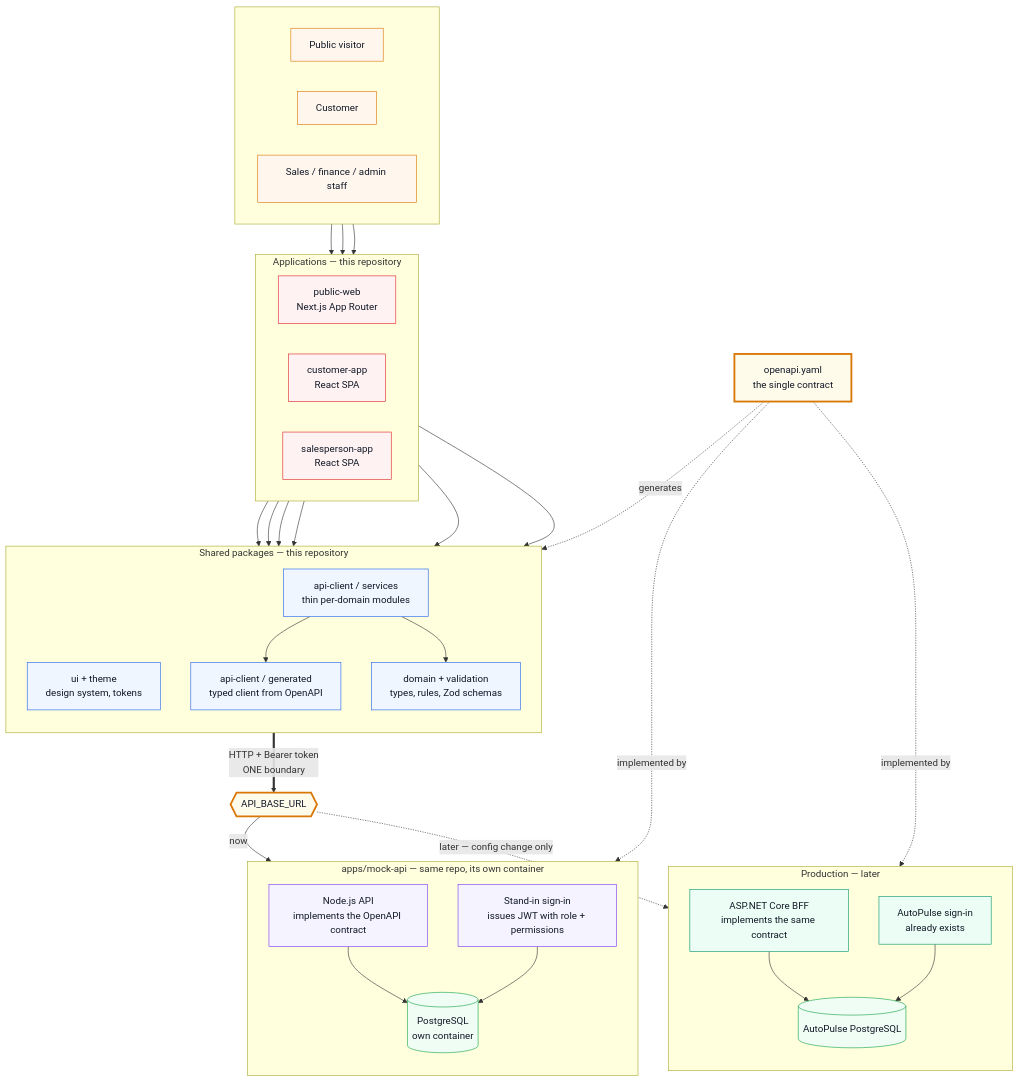
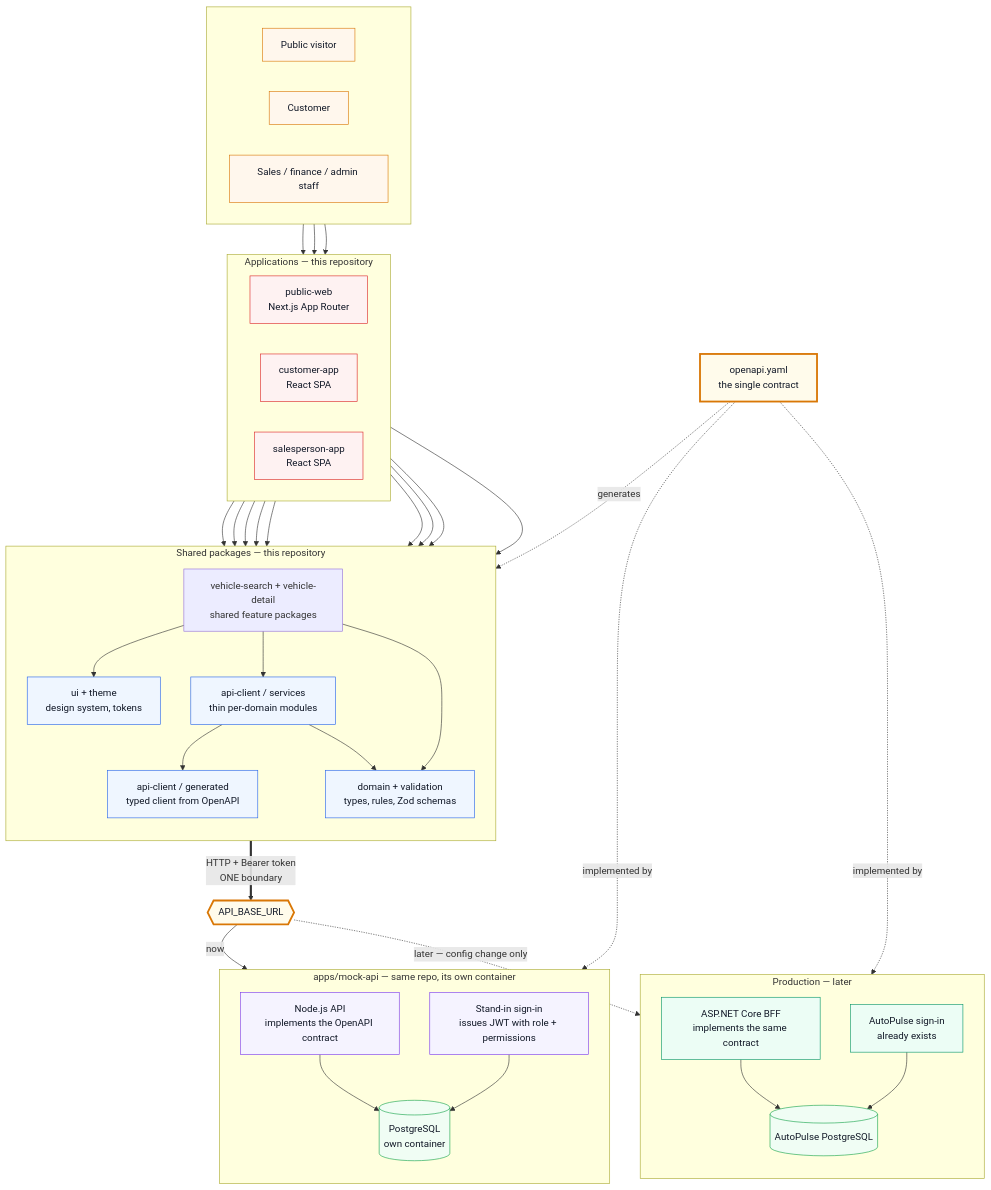
Before and after one commit to charithwellage/customerpanel: the first of 7 diagrams in FRONT_END_ARCHITECTURE.md, drawn with Mermaid. The commit also changed other lines of this file and 47 other files, not shown here.

```diff
--- a/FRONT_END_ARCHITECTURE.md
+++ b/FRONT_END_ARCHITECTURE.md
@@ -68,9 +76,13 @@
         direction TB
         UI["ui + theme<br/>design system, tokens"]
         DOM["domain + validation<br/>types, rules, Zod schemas"]
+        VEH["vehicle-search + vehicle-detail<br/>shared feature packages"]
         SVC["api-client / services<br/>thin per-domain modules"]
         GEN["api-client / generated<br/>typed client from OpenAPI"]
         SVC --> GEN
+        VEH --> UI
+        VEH --> DOM
+        VEH --> SVC
     end
 
     U1 --> A1
@@ -80,6 +92,9 @@
     A1 --> UI
     A2 --> UI
     A3 --> UI
+    A1 --> VEH
+    A2 --> VEH
+    A3 --> VEH
     A1 --> SVC
     A2 --> SVC
     A3 --> SVC
```
